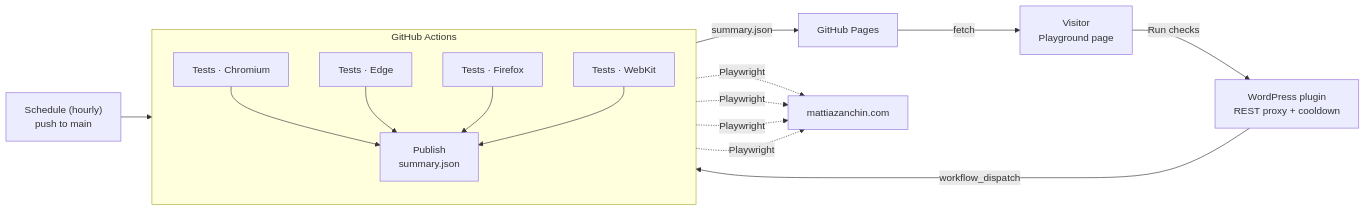
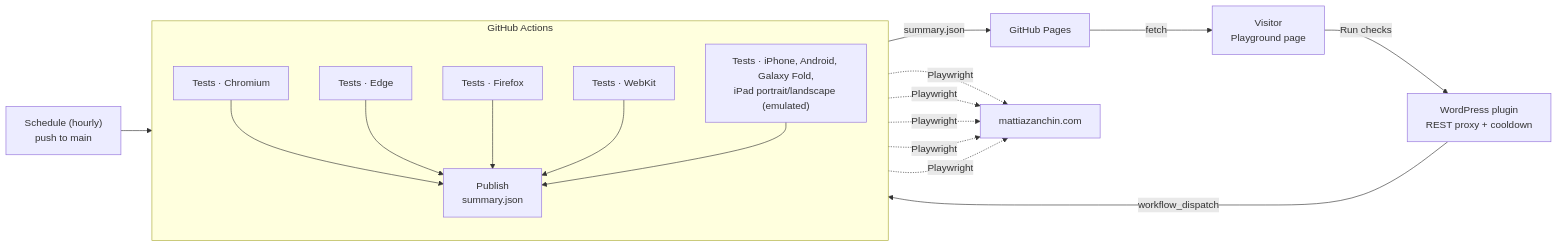
One commit to MattiaZanchin94/website-quality-lab changed the diagram in README.md. Above: the diagram before and after it, drawn with Mermaid. The commit also changed other lines of this file and 8 other files, not shown here.

````diff
--- a/README.md
+++ b/README.md
@@ -16,13 +16,13 @@
 ```mermaid
 flowchart LR
     V["Visitor<br/>Playground page"] -- "Run checks" --> WP["WordPress plugin<br/>REST proxy + cooldown"]
     WP -- "workflow_dispatch" --> GA
     S["Schedule (hourly)<br/>push to main"] --> GA
     subgraph GA["GitHub Actions"]
         direction TB
-        T1["Tests · Chromium"] & T4["Tests · Edge"] & T2["Tests · Firefox"] & T3["Tests · WebKit"] --> P["Publish<br/>summary.json"]
+        T1["Tests · Chromium"] & T4["Tests · Edge"] & T2["Tests · Firefox"] & T3["Tests · WebKit"] & T5["Tests · iPhone, Android, Galaxy Fold,<br/>iPad portrait/landscape (emulated)"] --> P["Publish<br/>summary.json"]
     end
     P -- "summary.json" --> GP["GitHub Pages"]
     GP -- "fetch" --> V
-    T1 & T4 & T2 & T3 -. "Playwright" .-> SITE["mattiazanchin.com"]
+    T1 & T4 & T2 & T3 & T5 -. "Playwright" .-> SITE["mattiazanchin.com"]
 ```
````
